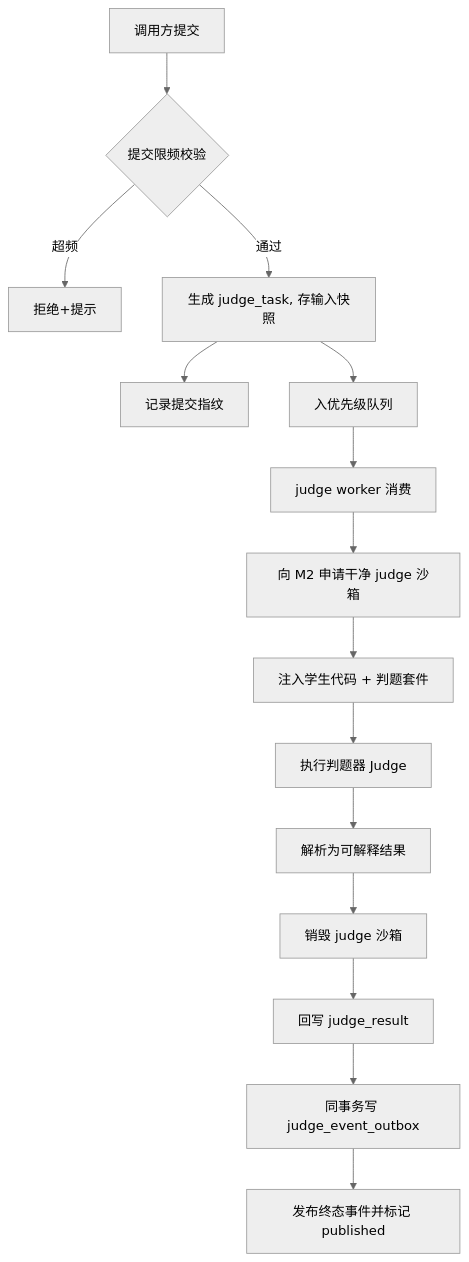
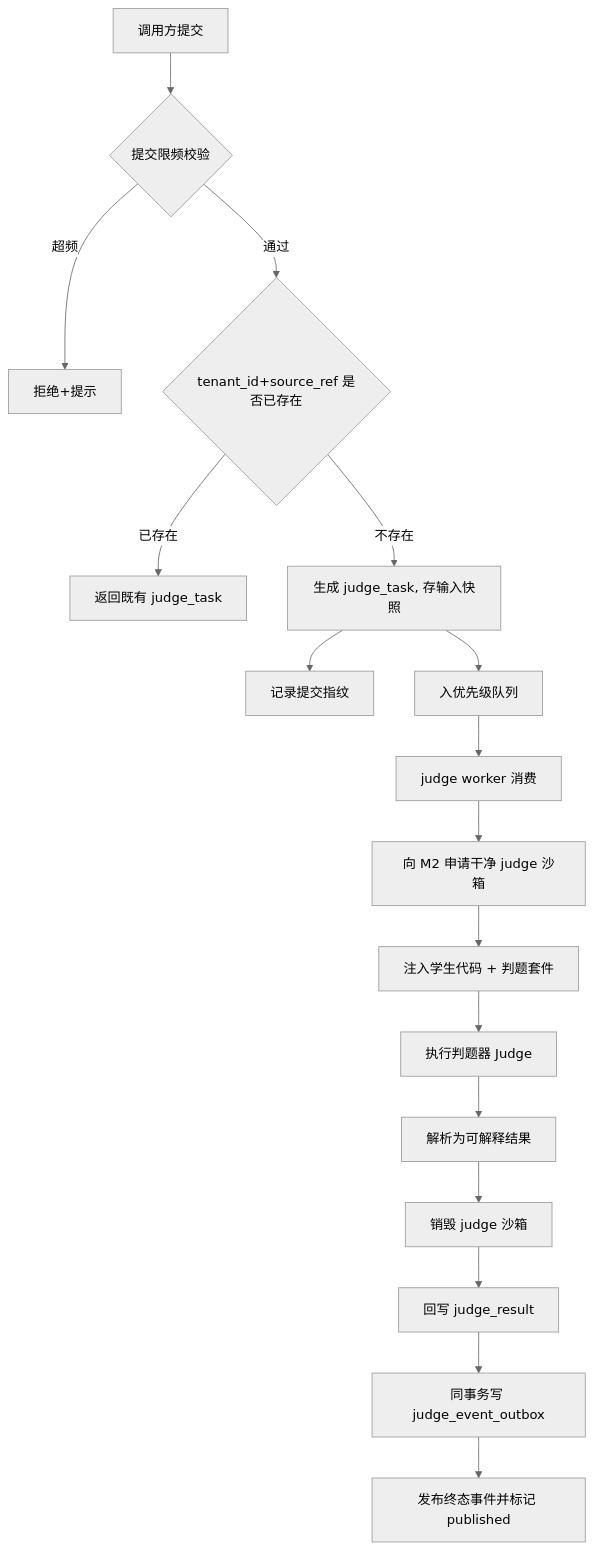
The first of 5 diagrams in docs/03-评测引擎/05-业务流程与状态机.md (menghuishisan/CHAIMIR), drawn with Mermaid (neutral theme) before and after one commit. The commit also changed other lines of this file and 256 other files, not shown here.

````diff
--- a/docs/03-评测引擎/05-业务流程与状态机.md
+++ b/docs/03-评测引擎/05-业务流程与状态机.md
@@ -10,17 +10,19 @@
 ```mermaid
 flowchart TD
     A[调用方提交] --> B{提交限频校验}
     B -->|超频| Z[拒绝+提示]
-    B -->|通过| C[生成 judge_task, 存输入快照]
-    C --> D[记录提交指纹]
-    C --> E[入优先级队列]
-    E --> F[judge worker 消费]
-    F --> G[向 M2 申请干净 judge 沙箱]
-    G --> H[注入学生代码 + 判题套件]
-    H --> I[执行判题器 Judge]
-    I --> J[解析为可解释结果]
-    J --> K[销毁 judge 沙箱]
-    K --> L[回写 judge_result]
-    L --> M[同事务写 judge_event_outbox]
-    M --> N[发布终态事件并标记 published]
+    B -->|通过| C{tenant_id+source_ref 是否已存在}
+    C -->|已存在| R[返回既有 judge_task]
+    C -->|不存在| D[生成 judge_task, 存输入快照]
+    D --> E[记录提交指纹]
+    D --> F[入优先级队列]
+    F --> G[judge worker 消费]
+    G --> H[向 M2 申请干净 judge 沙箱]
+    H --> I[注入学生代码 + 判题套件]
+    I --> J[执行判题器 Judge]
+    J --> K[解析为可解释结果]
+    K --> L[销毁 judge 沙箱]
+    L --> M[回写 judge_result]
+    M --> N[同事务写 judge_event_outbox]
+    N --> O[发布终态事件并标记 published]
 ```
````
